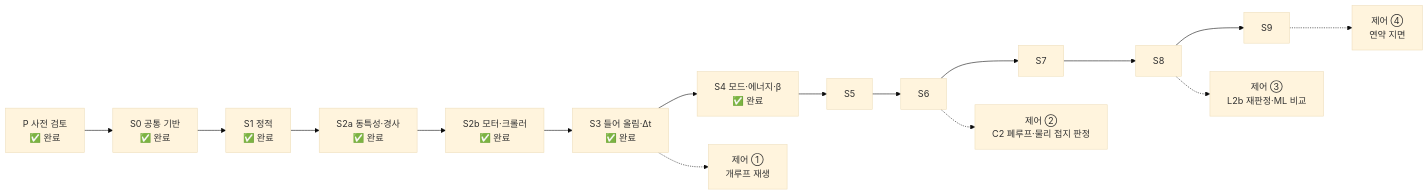
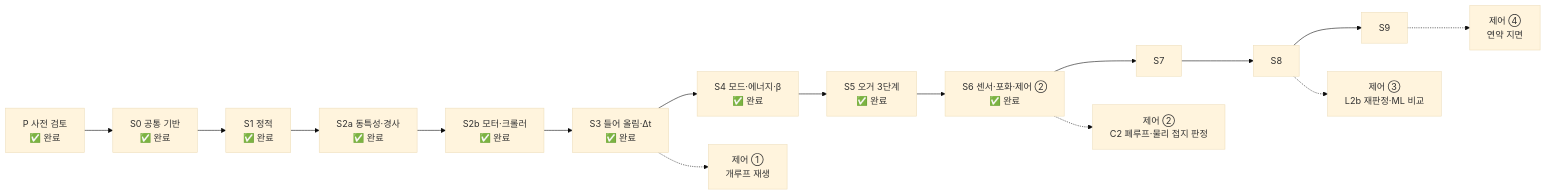
The diagram in 00_docs/00_roadmap.md (jinbeomjeong/outrigger_control), drawn with Mermaid (base theme) before and after one commit. The commit also changed other lines of this file and 5 other files, not shown here.

````diff
--- a/00_docs/00_roadmap.md
+++ b/00_docs/00_roadmap.md
@@ -17,10 +17,10 @@
 ```mermaid
 flowchart LR
     P["P 사전 검토<br/>✅ 완료"] --> S0["S0 공통 기반<br/>✅ 완료"]
-    S0 --> S1["S1 정적<br/>✅ 완료"] --> S2a["S2a 동특성·경사<br/>✅ 완료"] --> S2b["S2b 모터·크롤러<br/>✅ 완료"] --> S3["S3 들어 올림·Δt<br/>✅ 완료"] --> S4["S4 모드·에너지·β<br/>✅ 완료"] --> S5 --> S6
+    S0 --> S1["S1 정적<br/>✅ 완료"] --> S2a["S2a 동특성·경사<br/>✅ 완료"] --> S2b["S2b 모터·크롤러<br/>✅ 완료"] --> S3["S3 들어 올림·Δt<br/>✅ 완료"] --> S4["S4 모드·에너지·β<br/>✅ 완료"] --> S5["S5 오거 3단계<br/>✅ 완료"] --> S6["S6 센서·포화·제어 ②<br/>✅ 완료"]
     S6 --> S7 --> S8 --> S9
     S3 -.-> C1["제어 ①<br/>개루프 재생"]
     S6 -.-> C2["제어 ②<br/>C2 폐루프·물리 접지 판정"]
     S8 -.-> C3["제어 ③<br/>L2b 재판정·ML 비교"]
     S9 -.-> C4["제어 ④<br/>연약 지면"]
 ```
````
